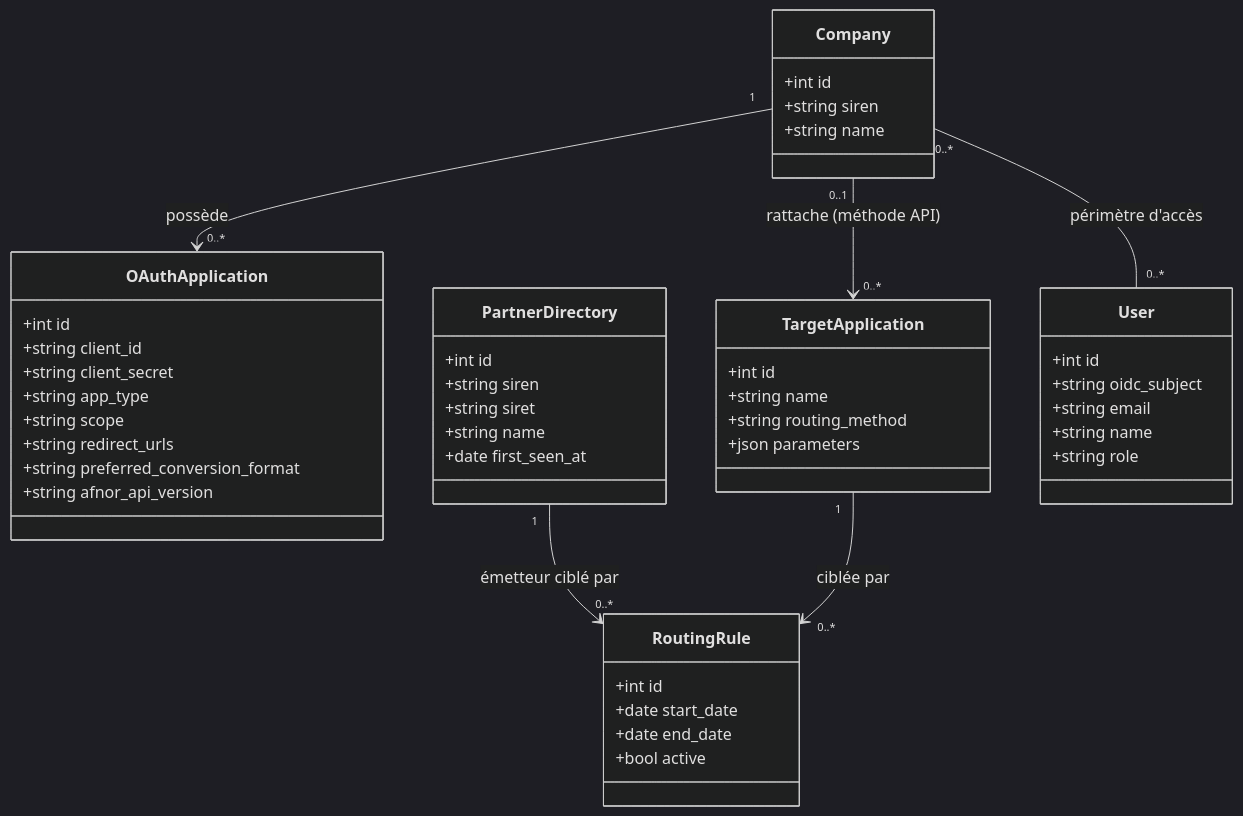
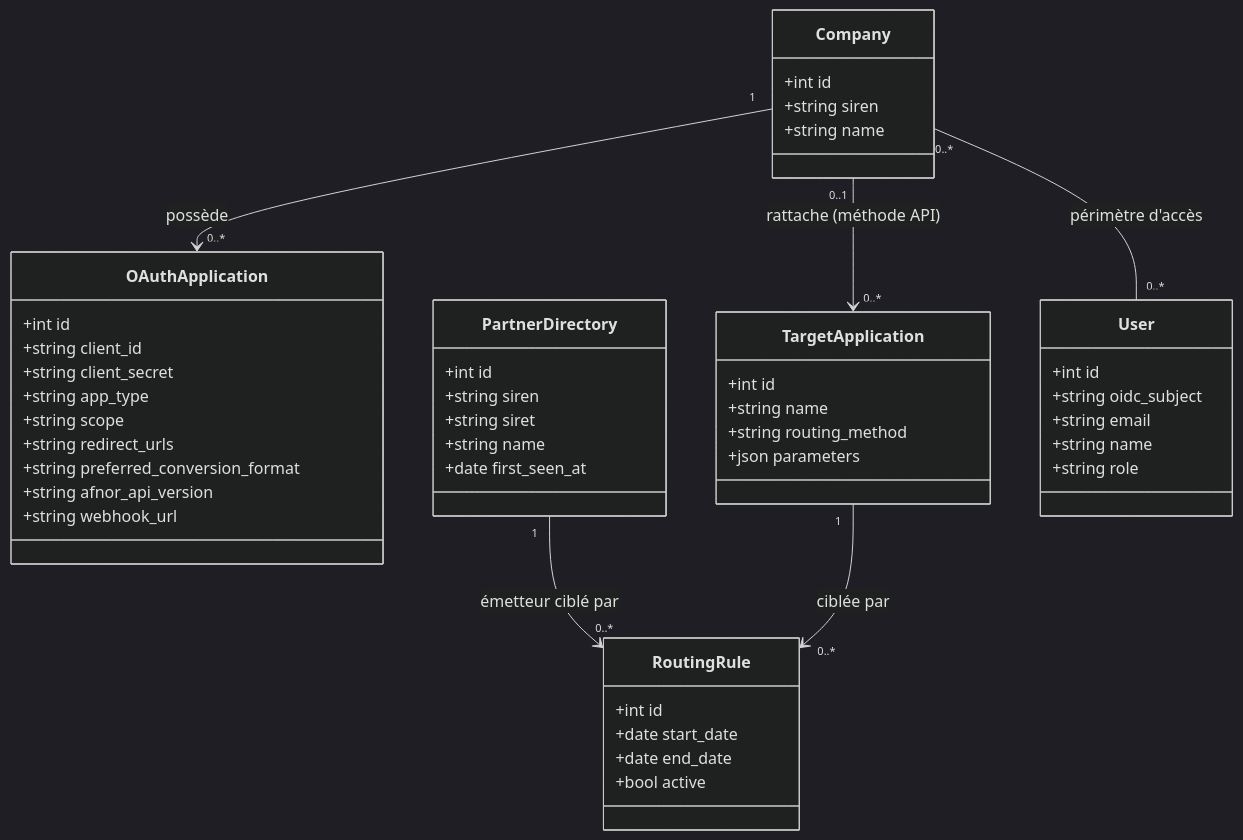
The first of 5 diagrams in spec.md (yuntux/einvoicing_router), drawn with Mermaid (dark theme) before and after one commit. The commit also changed other lines of this file, not shown here.

````diff
--- a/spec.md
+++ b/spec.md
@@ -252,51 +257,52 @@
 ```mermaid
 classDiagram
     class Company {
         +int id
         +string siren
         +string name
     }
     class OAuthApplication {
         +int id
         +string client_id
         +string client_secret
         +string app_type
         +string scope
         +string redirect_urls
         +string preferred_conversion_format
         +string afnor_api_version
+        +string webhook_url
     }
     class PartnerDirectory {
         +int id
         +string siren
         +string siret
         +string name
         +date first_seen_at
     }
     class TargetApplication {
         +int id
         +string name
         +string routing_method
         +json parameters
     }
     class RoutingRule {
         +int id
         +date start_date
         +date end_date
         +bool active
     }
     class User {
         +int id
         +string oidc_subject
         +string email
         +string name
         +string role
     }
 
     Company "1" --> "0..*" OAuthApplication : possède
     Company "0..1" --> "0..*" TargetApplication : rattache (méthode API)
     Company "0..*" -- "0..*" User : périmètre d'accès
 
     PartnerDirectory "1" --> "0..*" RoutingRule : émetteur ciblé par
     TargetApplication "1" --> "0..*" RoutingRule : ciblée par
 ```
````
